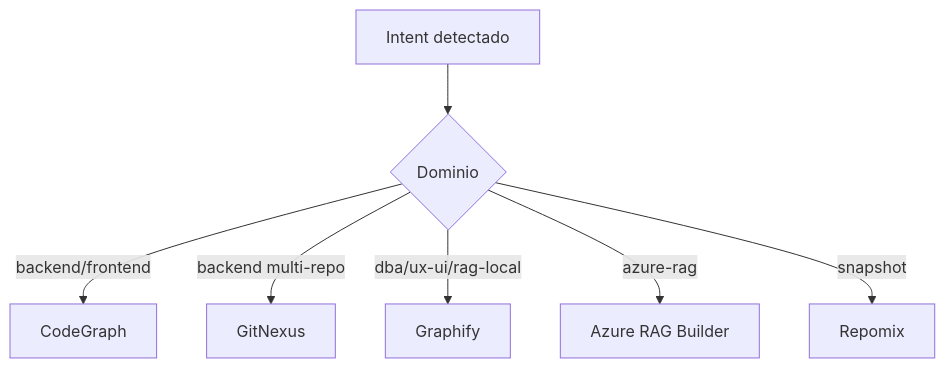
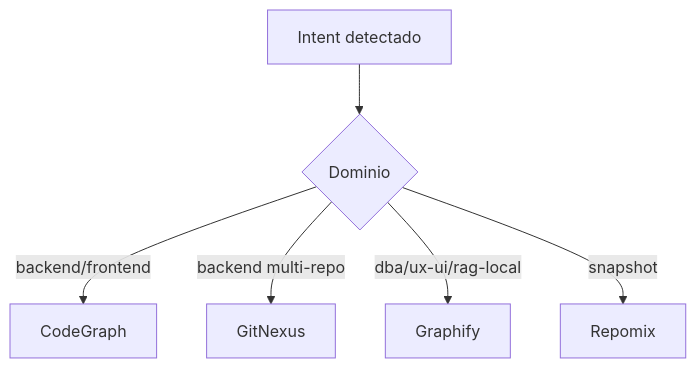
The fifth of 10 diagrams in README.md (Sertxito/mcp-efficiency-engine), drawn with Mermaid before and after one commit. The commit also changed other lines of this file and 19 other files, not shown here.

````diff
--- a/README.md
+++ b/README.md
@@ -159,9 +159,8 @@
 ```mermaid
 flowchart TB
   I[Intent detectado] --> D{Dominio}
   D -->|backend/frontend| CG[CodeGraph]
   D -->|backend multi-repo| GN[GitNexus]
   D -->|dba/ux-ui/rag-local| GF[Graphify]
-  D -->|azure-rag| AZ[Azure RAG Builder]
   D -->|snapshot| RP[Repomix]
 ```
````
